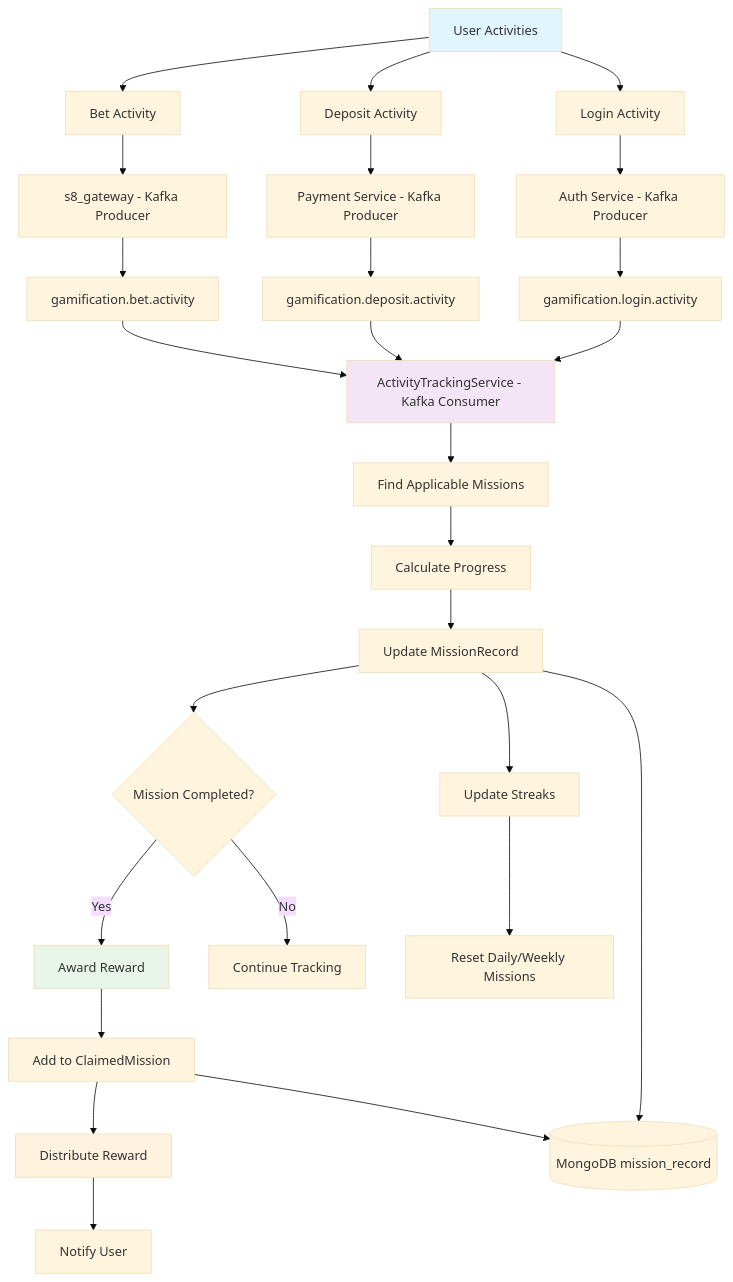
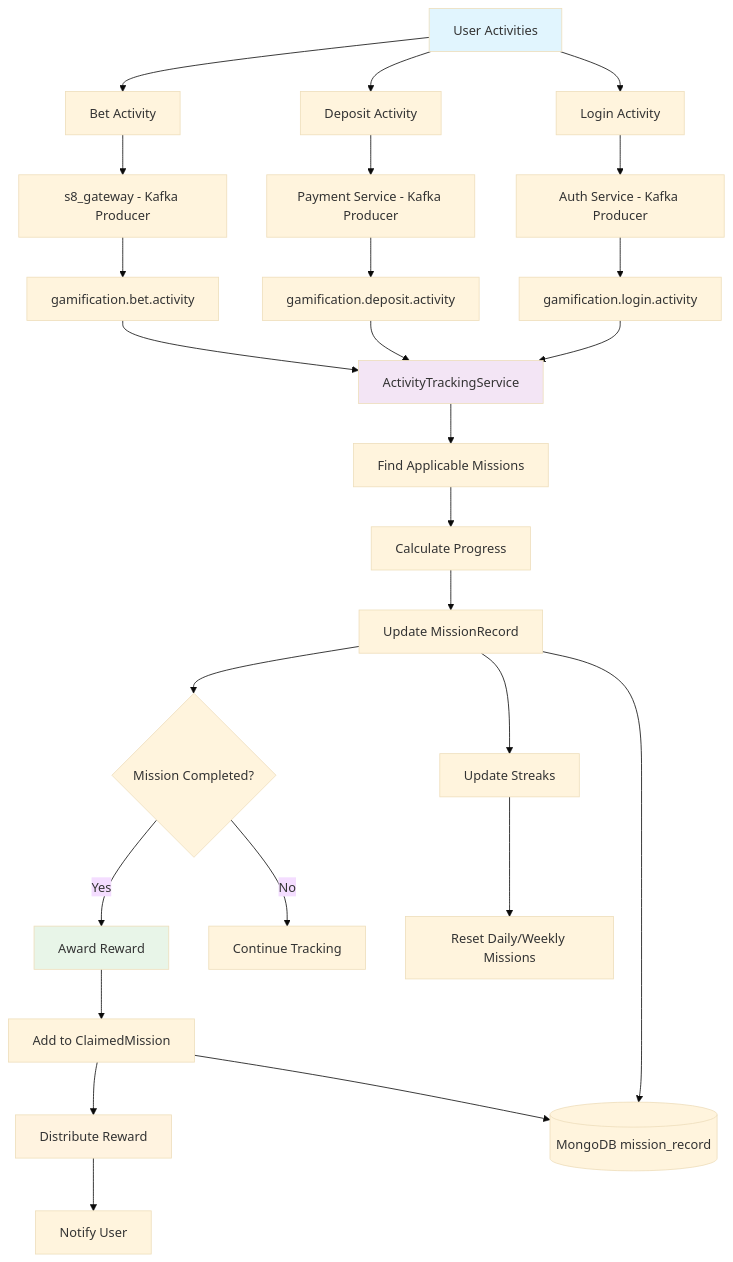
Before and after one commit to aronans8/git-workflow: the first of 2 diagrams in gamification.md, drawn with Mermaid (base theme). The commit also changed other lines of this file, not shown here.

````diff
--- a/gamification.md
+++ b/gamification.md
@@ -14,50 +14,50 @@
 ```mermaid
 graph TD
     %% USER ACTIVITIES
     A[User Activities] --> A1[Bet Activity]
     A --> A2[Deposit Activity] 
     A --> A3[Login Activity]
     
     %% EXTERNAL SYSTEMS
     A1 --> B1[s8_gateway - Kafka Producer]
     A2 --> B2[Payment Service - Kafka Producer]
     A3 --> B3[Auth Service - Kafka Producer]
     
     %% KAFKA TOPICS
     B1 --> K1[gamification.bet.activity]
     B2 --> K2[gamification.deposit.activity]
     B3 --> K3[gamification.login.activity]
     
     %% ACTIVITY TRACKING
-    K1 --> C[ActivityTrackingService - Kafka Consumer]
+    K1 --> C[ActivityTrackingService]
     K2 --> C
     K3 --> C
     
     %% MISSION PROCESSING
     C --> D1[Find Applicable Missions]
     D1 --> D2[Calculate Progress]
     D2 --> D3[Update MissionRecord]
     
     %% COMPLETION CHECK
     D3 --> E1{Mission Completed?}
     E1 -->|Yes| E2[Award Reward]
     E1 -->|No| E3[Continue Tracking]
     
     %% REWARD SYSTEM
     E2 --> F1[Add to ClaimedMission]
     F1 --> F2[Distribute Reward]
     F2 --> F3[Notify User]
     
     %% STREAK HANDLING
     D3 --> G1[Update Streaks]
     G1 --> G2[Reset Daily/Weekly Missions]
     
     %% DATABASE
     D3 --> H[(MongoDB mission_record)]
     F1 --> H
     
     style A fill:#e1f5fe
     style C fill:#f3e5f5
     style E2 fill:#e8f5e8
     style F2 fill:#fff3e0
 ```
````
